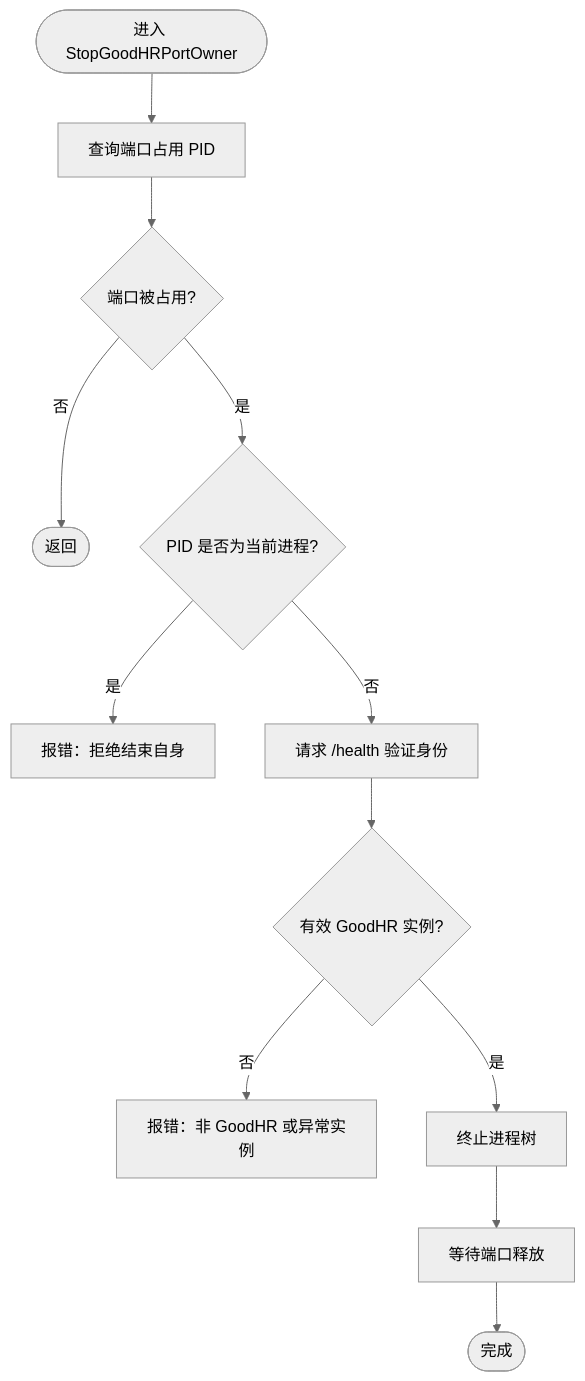
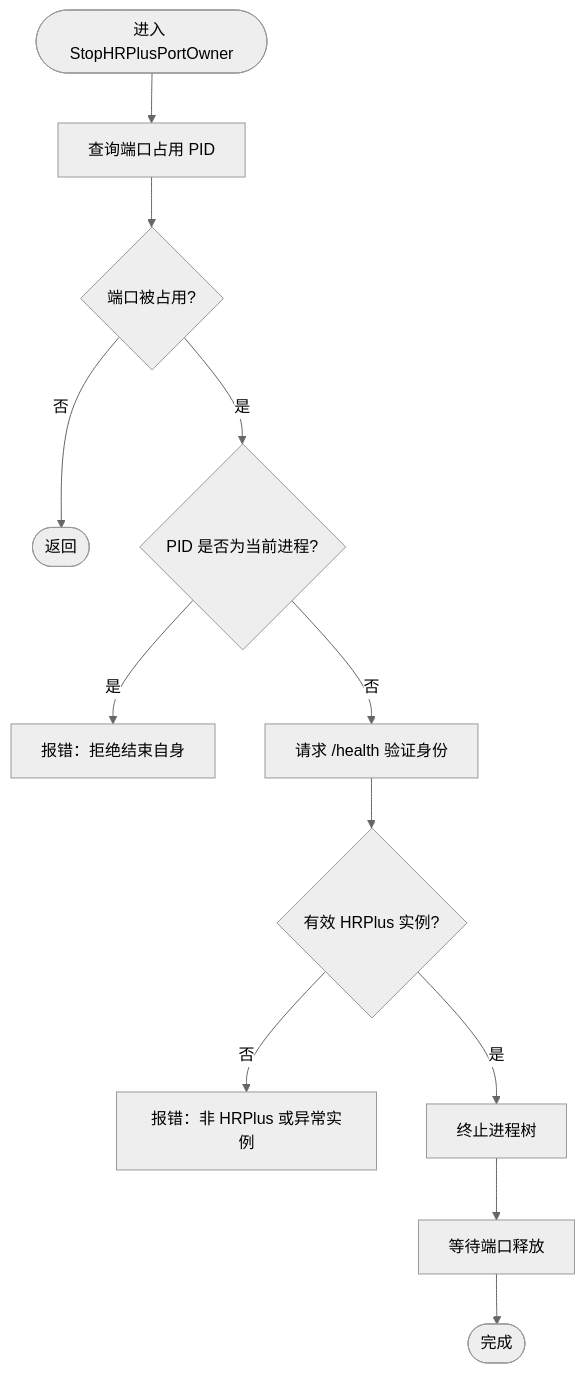
The fifth of 6 diagrams in .qoder/repowiki/zh/content/本地执行器/核心架构/启动流程.md (alvinwangzi/goodhr), drawn with Mermaid (neutral theme) before and after one commit. The commit also changed other lines of this file and 83 other files, not shown here.

Commit message:
docs: .qoder/repowiki 知识库品牌名 GoodHR 统一改为 HRPlus

````diff
--- a/.qoder/repowiki/zh/content/本地执行器/核心架构/启动流程.md
+++ b/.qoder/repowiki/zh/content/本地执行器/核心架构/启动流程.md
@@ -252,14 +252,14 @@
 ```mermaid
 flowchart TD
-S(["进入 StopGoodHRPortOwner"]) --> Find["查询端口占用 PID"]
+S(["进入 StopHRPlusPortOwner"]) --> Find["查询端口占用 PID"]
 Find --> Occupied{"端口被占用?"}
 Occupied --> |否| End(["返回"])
 Occupied --> |是| SelfCheck{"PID 是否为当前进程?"}
 SelfCheck --> |是| ErrSelf["报错：拒绝结束自身"]
 SelfCheck --> |否| Health["请求 /health 验证身份"]
-Health --> Valid{"有效 GoodHR 实例?"}
-Valid --> |否| ErrOther["报错：非 GoodHR 或异常实例"]
+Health --> Valid{"有效 HRPlus 实例?"}
+Valid --> |否| ErrOther["报错：非 HRPlus 或异常实例"]
 Valid --> |是| Terminate["终止进程树"]
 Terminate --> Wait["等待端口释放"]
 Wait --> Done(["完成"])
 ```
````
